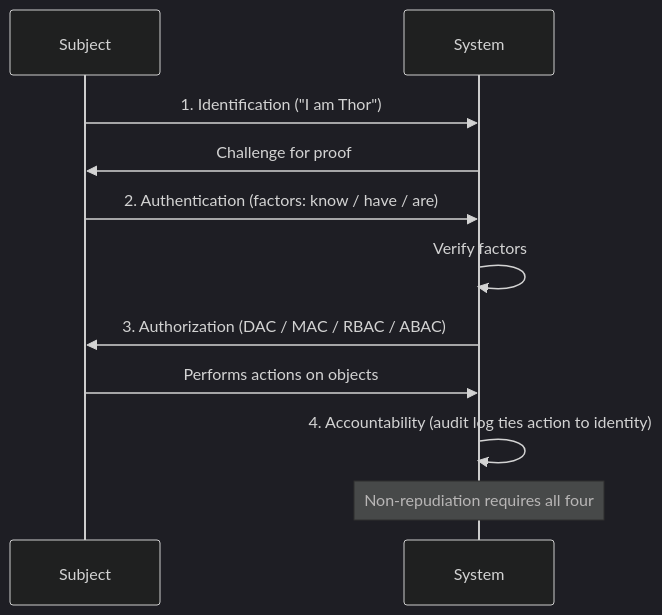
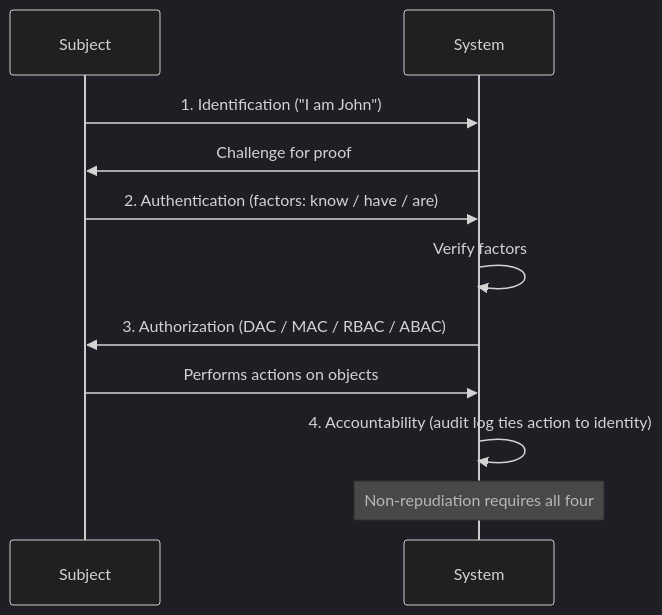
Before and after one commit to mchlstr/CISSP-Study-notes: the diagram in domains/01-security-and-risk-management/IAAA.md, drawn with Mermaid (dark theme).

````diff
--- a/domains/01-security-and-risk-management/IAAA.md
+++ b/domains/01-security-and-risk-management/IAAA.md
@@ -70,13 +70,13 @@
 ```mermaid
 sequenceDiagram
     participant U as Subject
     participant S as System
-    U->>S: 1. Identification ("I am Thor")
+    U->>S: 1. Identification ("I am John")
     S->>U: Challenge for proof
     U->>S: 2. Authentication (factors: know / have / are)
     S->>S: Verify factors
     S->>U: 3. Authorization (DAC / MAC / RBAC / ABAC)
     U->>S: Performs actions on objects
     S->>S: 4. Accountability (audit log ties action to identity)
     Note over S: Non-repudiation requires all four
 ```
````
